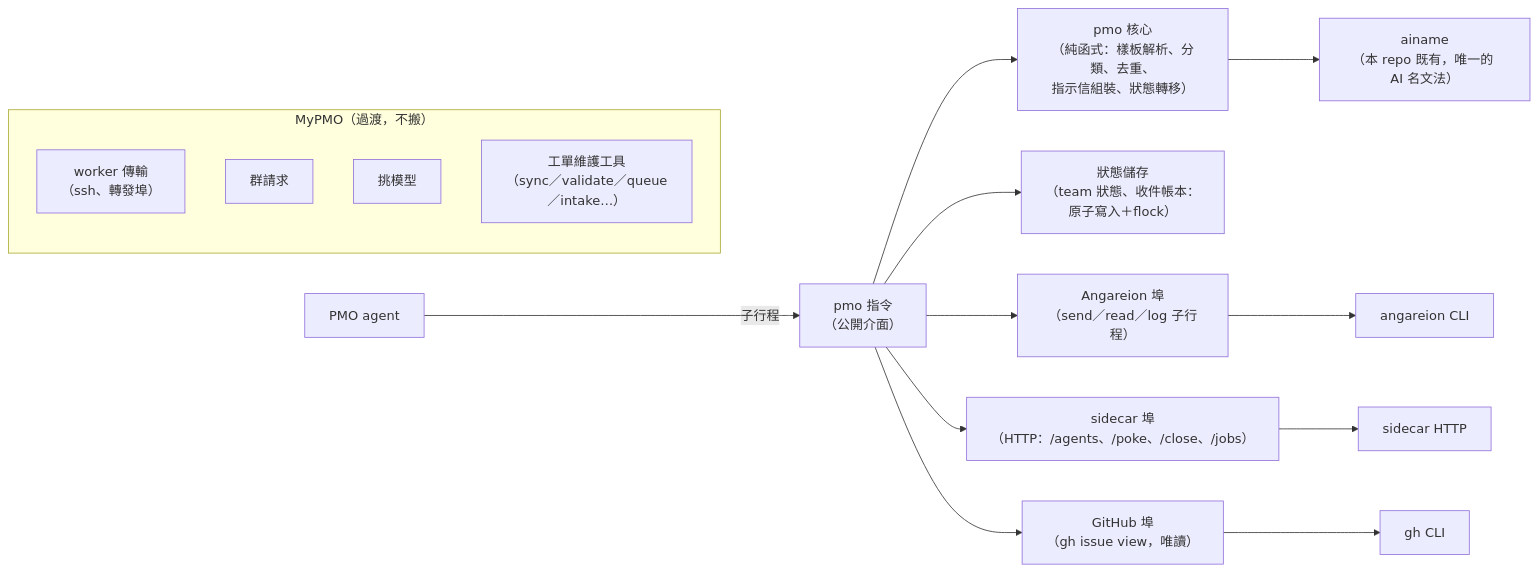
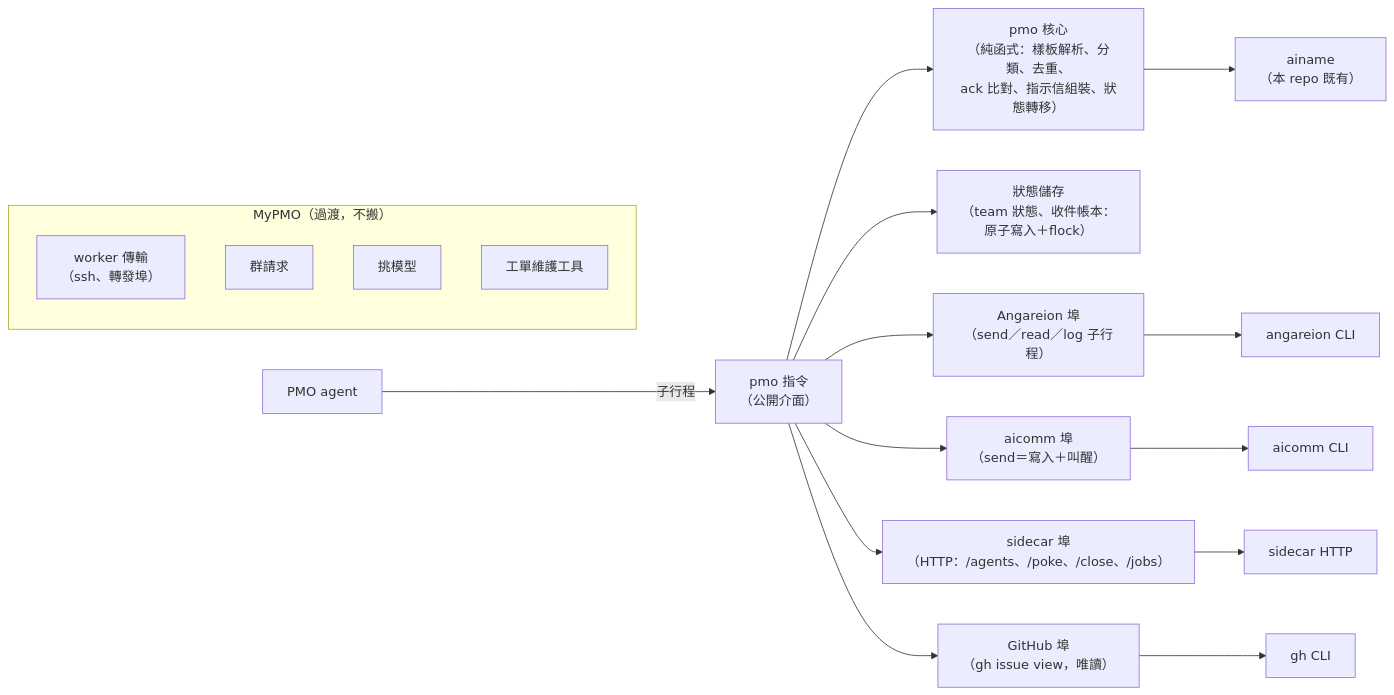
Before and after one commit to FATESAIKOU/MyAiStorage: the fifth of 5 diagrams in docs/design-notes/110-pmo-skill.md, drawn with Mermaid. The commit also changed other lines of this file and 2 other files, not shown here.

````diff
--- a/docs/design-notes/110-pmo-skill.md
+++ b/docs/design-notes/110-pmo-skill.md
@@ -163,19 +183,21 @@
 ```mermaid
 flowchart LR
   P["PMO agent"] -->|子行程| K["pmo 指令<br/>（公開介面）"]
-  K --> CORE["pmo 核心<br/>（純函式：樣板解析、分類、去重、<br/>指示信組裝、狀態轉移）"]
+  K --> CORE["pmo 核心<br/>（純函式：樣板解析、分類、去重、<br/>ack 比對、指示信組裝、狀態轉移）"]
   K --> STO["狀態儲存<br/>（team 狀態、收件帳本：<br/>原子寫入＋flock）"]
   K --> ANGP["Angareion 埠<br/>（send／read／log 子行程）"]
+  K --> ACP["aicomm 埠<br/>（send＝寫入＋叫醒）"]
   K --> SCP["sidecar 埠<br/>（HTTP：/agents、/poke、/close、/jobs）"]
   K --> GHP["GitHub 埠<br/>（gh issue view，唯讀）"]
-  CORE --> AIN["ainame<br/>（本 repo 既有，唯一的 AI 名文法）"]
+  CORE --> AIN["ainame<br/>（本 repo 既有）"]
   ANGP --> ANGCLI["angareion CLI"]
+  ACP --> ACCLI["aicomm CLI"]
   SCP --> SIDE["sidecar HTTP"]
   GHP --> GHCLI["gh CLI"]
   subgraph MyPMO["MyPMO（過渡，不搬）"]
     WT["worker 傳輸<br/>（ssh、轉發埠）"]
     GR["群請求"]
     PM["挑模型"]
-    TK["工單維護工具<br/>（sync／validate／queue／intake…）"]
+    TK["工單維護工具"]
   end
 ```
````
